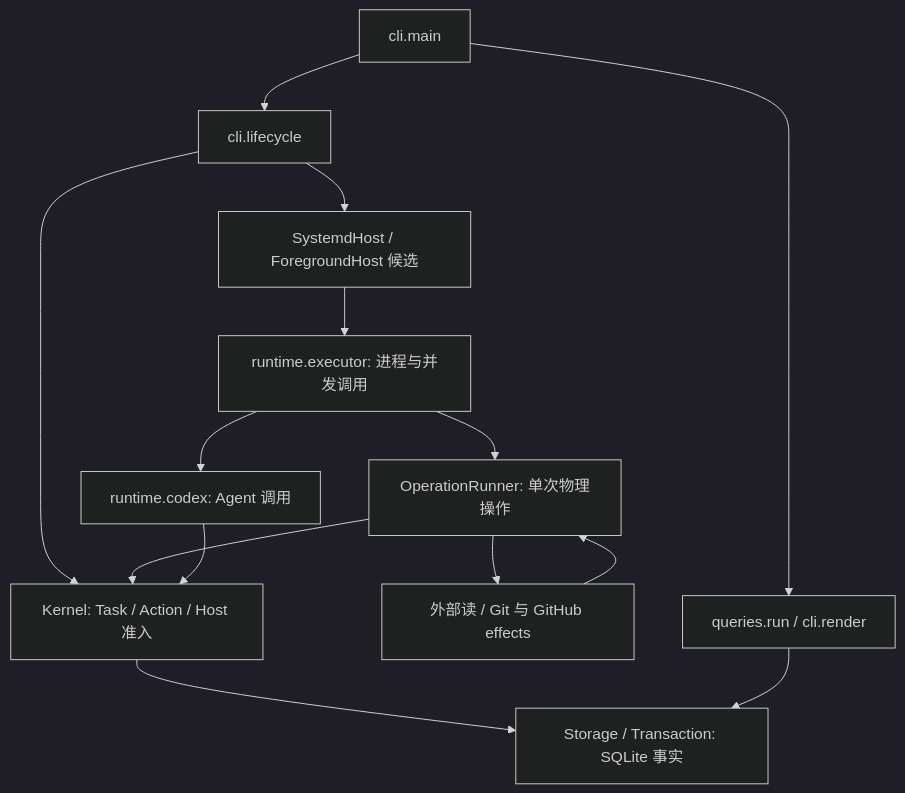
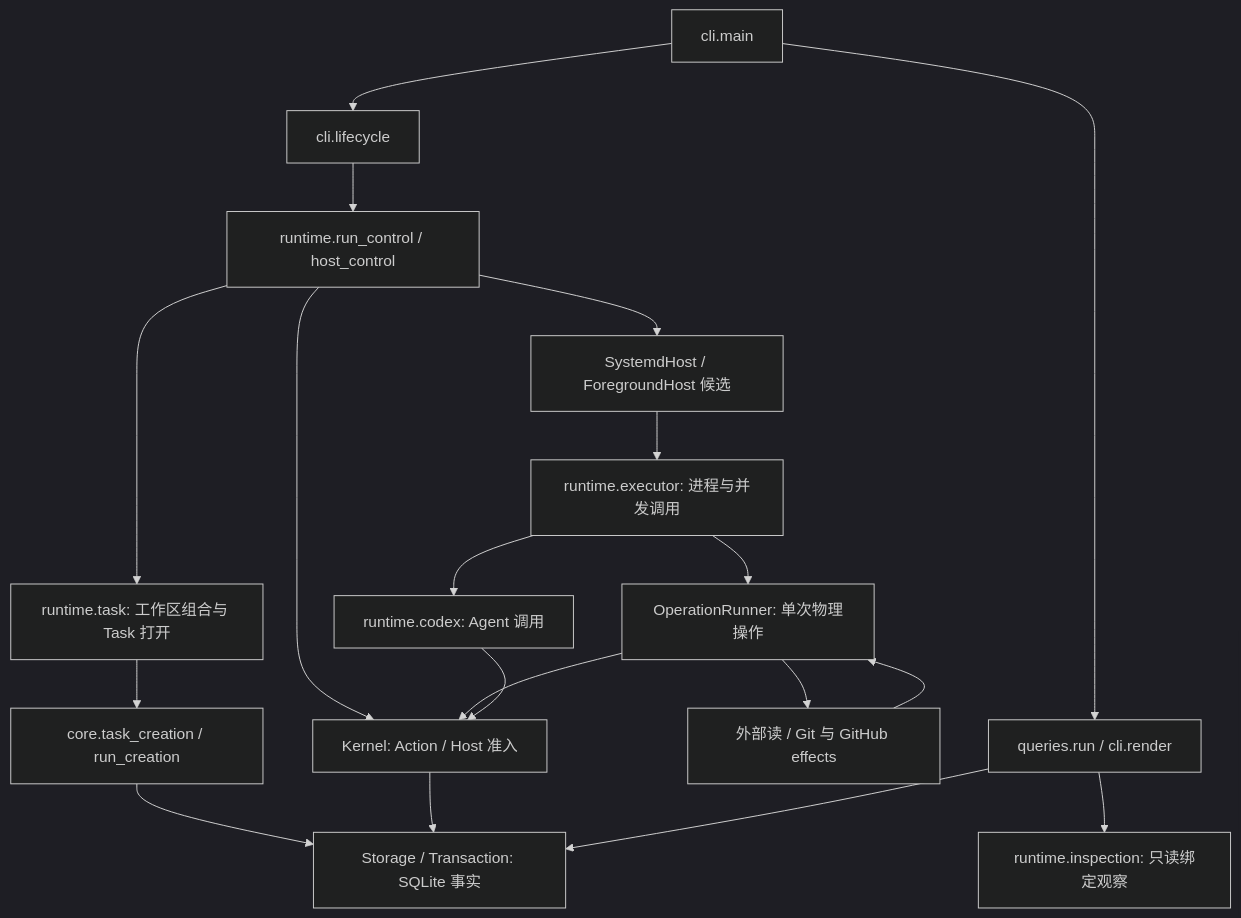
The diagram in docs/architecture.md (GRD-Chang/grill-engineering), drawn with Mermaid (dark theme) before and after one commit. The commit also changed other lines of this file and 71 other files, not shown here.

First line of the commit message:
refactor(run): 理顺 Run 的创建、查询与 Host 控制

````diff
--- a/docs/architecture.md
+++ b/docs/architecture.md
@@ -14,16 +14,21 @@
 ```mermaid
 flowchart TD
     CLI[cli.main] --> Lifecycle[cli.lifecycle]
-    Lifecycle --> Core[Kernel: Task / Action / Host 准入]
-    Lifecycle --> Host[SystemdHost / ForegroundHost 候选]
+    Lifecycle --> Control[runtime.run_control / host_control]
+    Control --> Task[runtime.task: 工作区组合与 Task 打开]
+    Task --> Creation[core.task_creation / run_creation]
+    Creation --> Store[Storage / Transaction: SQLite 事实]
+    Control --> Core[Kernel: Action / Host 准入]
+    Control --> Host[SystemdHost / ForegroundHost 候选]
     Host --> Executor[runtime.executor: 进程与并发调用]
     Executor --> Runner[OperationRunner: 单次物理操作]
     Runner --> Core
     Core --> Store[Storage / Transaction: SQLite 事实]
     Runner --> IO[外部读 / Git 与 GitHub effects]
     IO --> Runner
     Executor --> Worker[runtime.codex: Agent 调用]
     Worker --> Core
     CLI --> Query[queries.run / cli.render]
     Query --> Store
+    Query --> Observe[runtime.inspection: 只读绑定观察]
 ```
````
